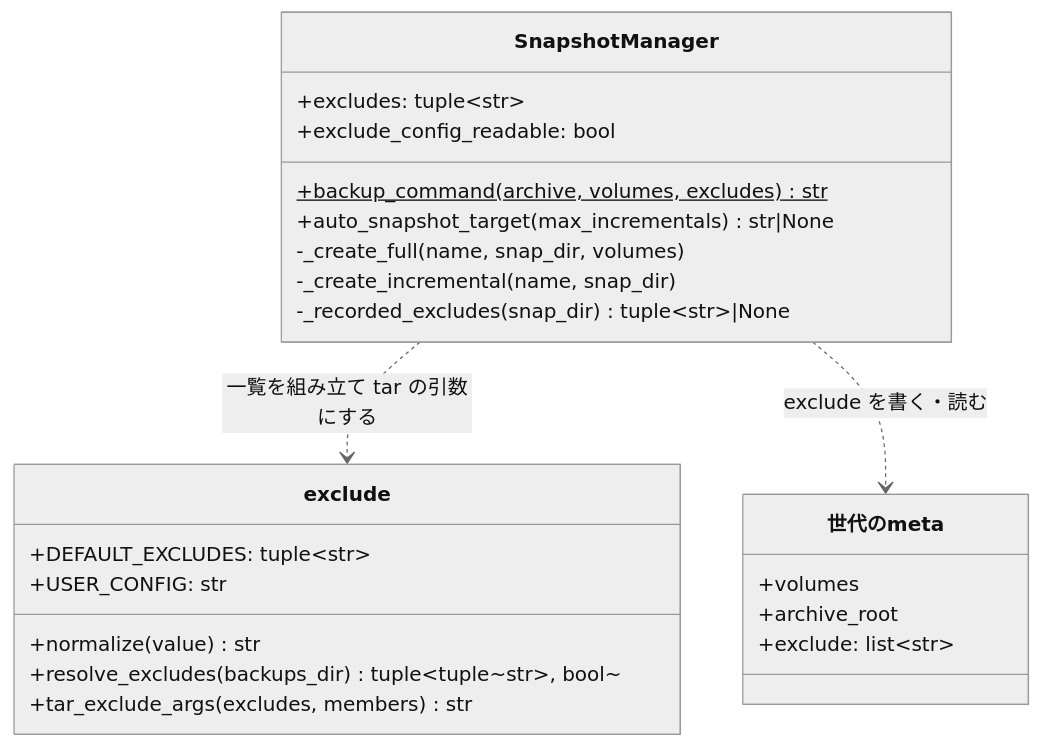
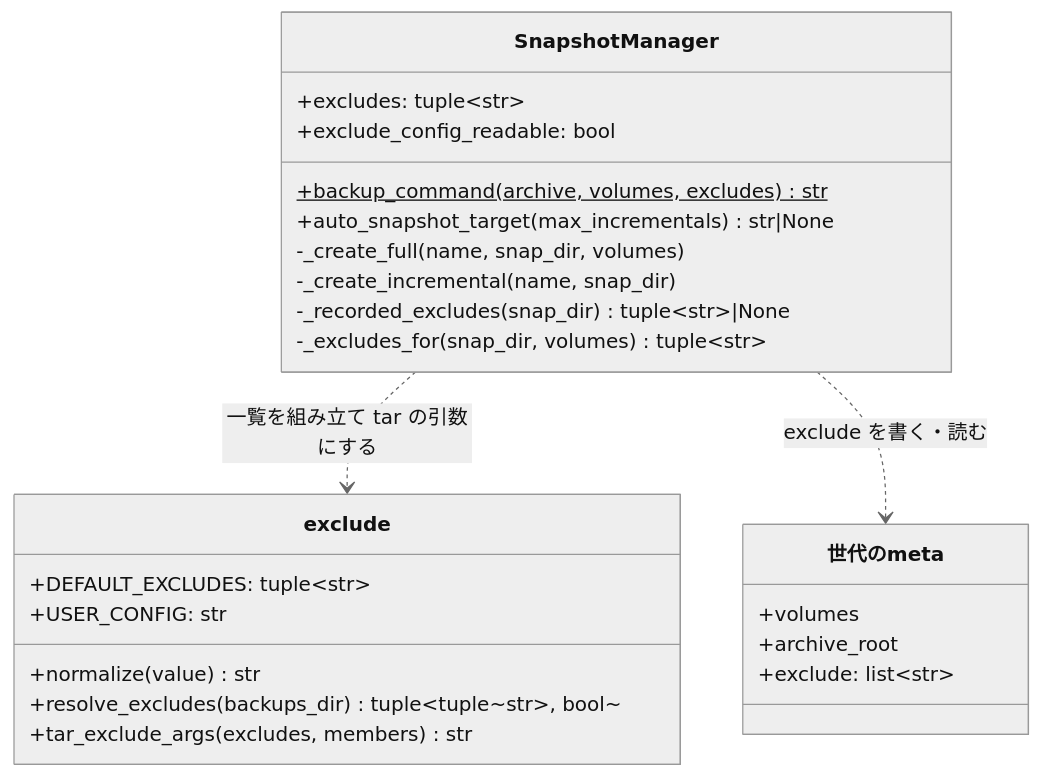
Before and after one commit to devbasex/devbase: the second of 3 diagrams in issues/issue-368-design.md, drawn with Mermaid (neutral theme). The commit also changed other lines of this file, not shown here.

````diff
--- a/issues/issue-368-design.md
+++ b/issues/issue-368-design.md
@@ -152,26 +153,27 @@
 ```mermaid
 classDiagram
     class SnapshotManager {
         +excludes: tuple~str~
         +exclude_config_readable: bool
         +backup_command(archive, volumes, excludes)$ str
         +auto_snapshot_target(max_incrementals) str|None
         -_create_full(name, snap_dir, volumes)
         -_create_incremental(name, snap_dir)
         -_recorded_excludes(snap_dir) tuple~str~|None
+        -_excludes_for(snap_dir, volumes) tuple~str~
     }
     class exclude {
         +DEFAULT_EXCLUDES: tuple~str~
         +USER_CONFIG: str
         +normalize(value) str
         +resolve_excludes(backups_dir) tuple~tuple~str~, bool~
         +tar_exclude_args(excludes, members) str
     }
     class 世代のmeta {
         +volumes
         +archive_root
         +exclude: list~str~
     }
     SnapshotManager ..> exclude : 一覧を組み立て tar の引数にする
     SnapshotManager ..> 世代のmeta : exclude を書く・読む
 ```
````
